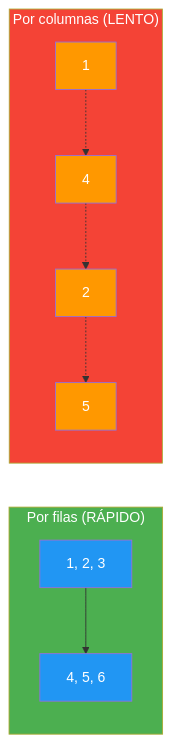
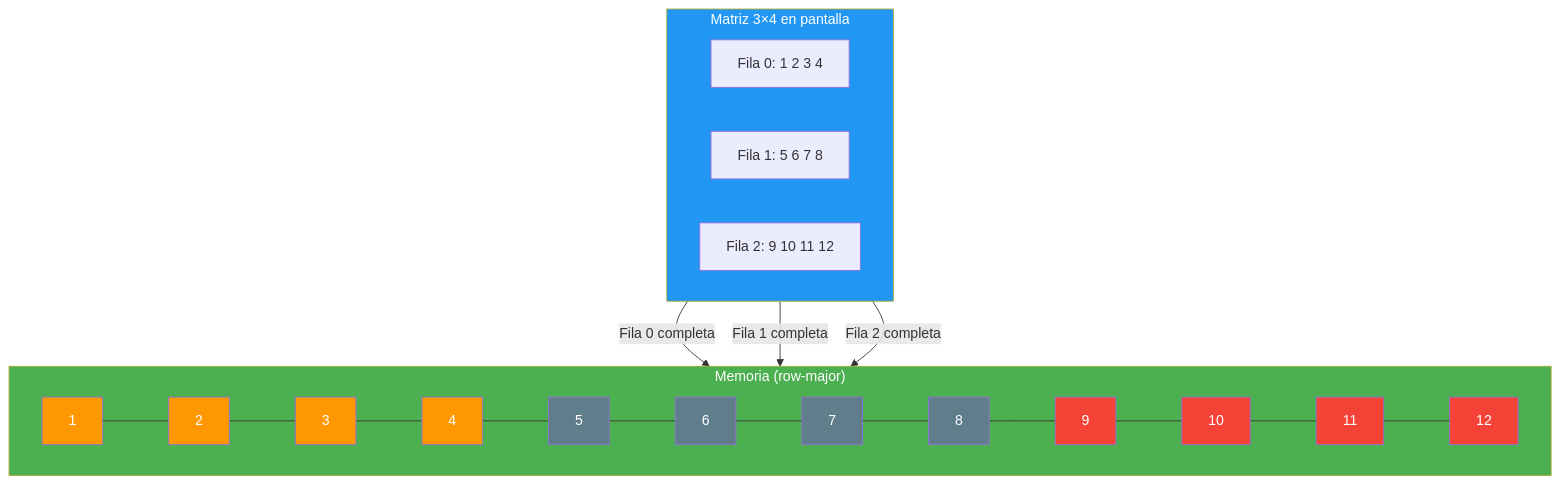
One commit to joseluisgs/Programacion-03-2026-2027 changed the third of 4 diagrams in 03-arrays-multidimensionales.md. Above: the diagram before and after it, drawn with Mermaid. The commit also changed other lines of this file, not shown here.

Commit message:
feat: mejora explicación row-major vs column-major con diagramas Mermaid detallados y ejemplo paso a paso

````diff
--- a/03-arrays-multidimensionales.md
+++ b/03-arrays-multidimensionales.md
@@ -380,17 +371,30 @@
 ```mermaid
-graph LR
-    subgraph FILAS ["Por filas (RÁPIDO)"]
-        F0["1, 2, 3"] --> F1["4, 5, 6"]
+graph TB
+    subgraph MATRIZ ["Matriz 3×4 en pantalla"]
+        direction LR
+        R0["Fila 0: 1  2  3  4"]
+        R1["Fila 1: 5  6  7  8"]
+        R2["Fila 2: 9 10 11 12"]
     end
-    subgraph COLS ["Por columnas (LENTO)"]
-        C0["1"] -.-> C1["4"] -.-> C2["2"] -.-> C3["5"]
+    subgraph MEMORIA ["Memoria (row-major)"]
+        direction LR
+        M0["1"] --- M1["2"] --- M2["3"] --- M3["4"] --- M4["5"] --- M5["6"] --- M6["7"] --- M7["8"] --- M8["9"] --- M9["10"] --- M10["11"] --- M11["12"]
     end
-    style FILAS fill:#4CAF50,color:#fff
-    style COLS fill:#f44336,color:#fff
-    style F0 fill:#2196F3,color:#fff
-    style F1 fill:#2196F3,color:#fff
-    style C0 fill:#FF9800,color:#fff
-    style C1 fill:#FF9800,color:#fff
-    style C2 fill:#FF9800,color:#fff
-    style C3 fill:#FF9800,color:#fff
+    R0 -->|"Fila 0 completa"| M0
+    R1 -->|"Fila 1 completa"| M4
+    R2 -->|"Fila 2 completa"| M8
+    style MATRIZ fill:#2196F3,color:#fff
+    style MEMORIA fill:#4CAF50,color:#fff
+    style M0 fill:#FF9800,color:#fff
+    style M1 fill:#FF9800,color:#fff
+    style M2 fill:#FF9800,color:#fff
+    style M3 fill:#FF9800,color:#fff
+    style M4 fill:#607D8B,color:#fff
+    style M5 fill:#607D8B,color:#fff
+    style M6 fill:#607D8B,color:#fff
+    style M7 fill:#607D8B,color:#fff
+    style M8 fill:#f44336,color:#fff
+    style M9 fill:#f44336,color:#fff
+    style M10 fill:#f44336,color:#fff
+    style M11 fill:#f44336,color:#fff
 ```
````
